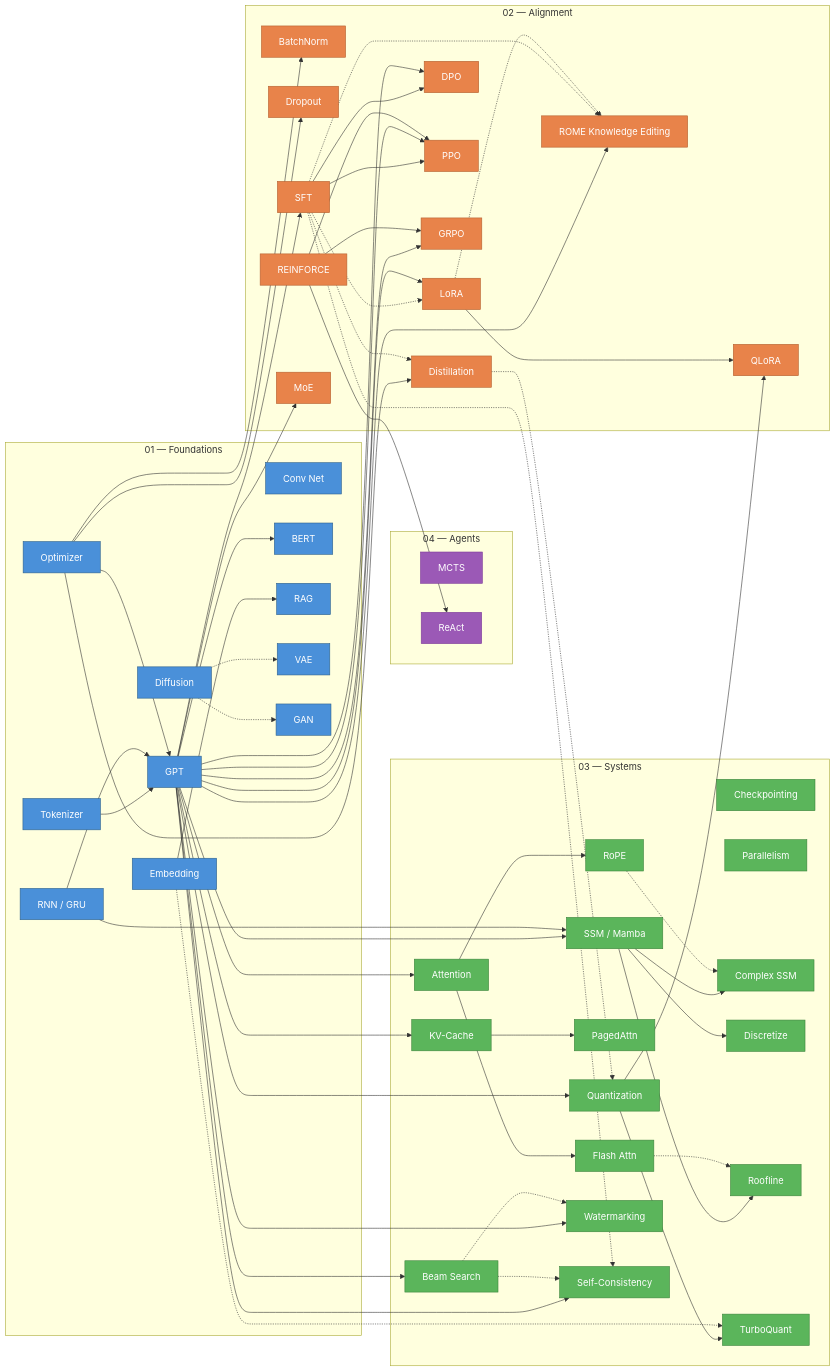
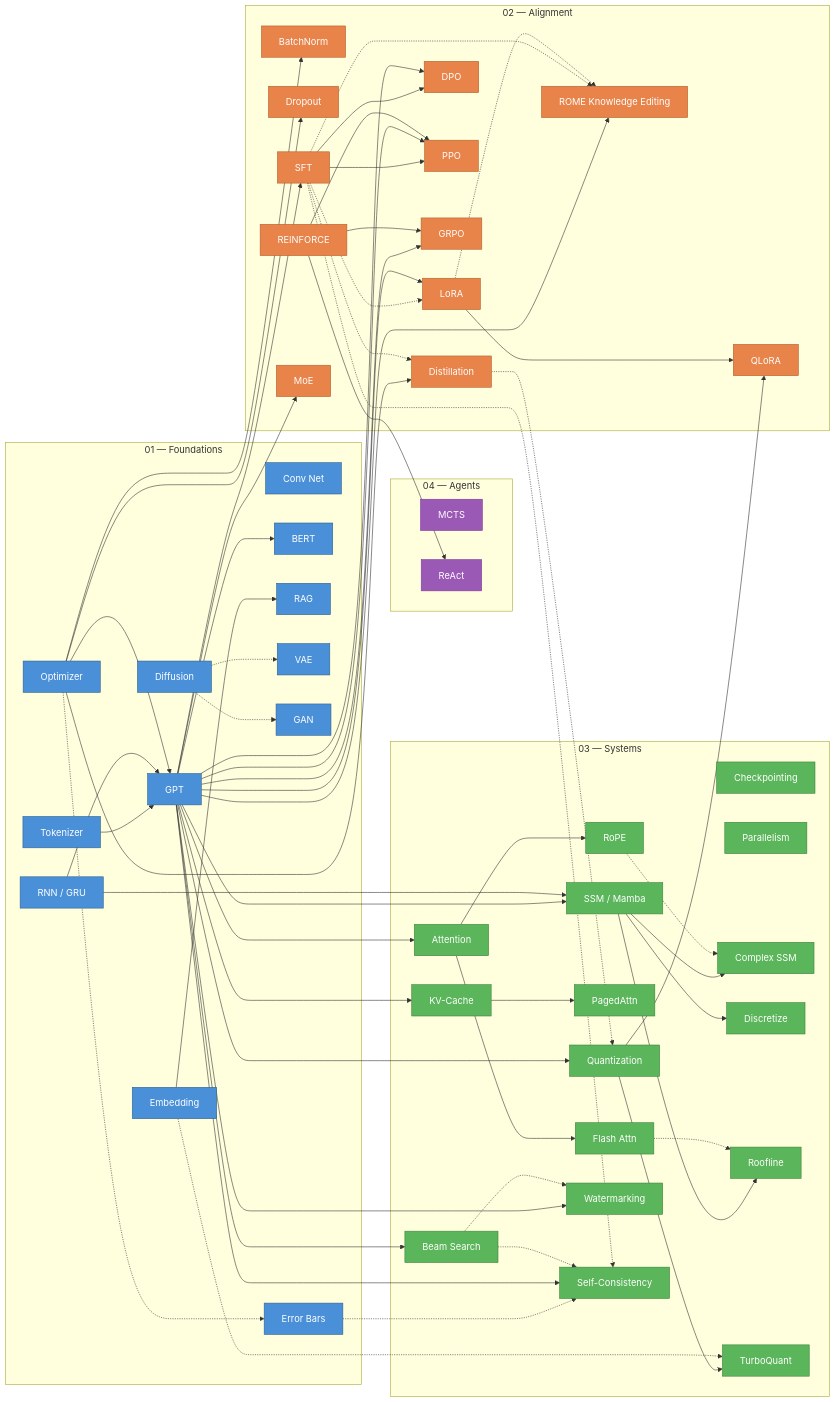
One commit to no-magic-ai/no-magic changed the diagram in README.md. Above: the diagram before and after it, drawn with Mermaid. The commit also changed other lines of this file and 9 other files, not shown here.

```diff
--- a/README.md
+++ b/README.md
@@ -438,6 +440,7 @@
     DIFF["Diffusion"]
     VAE["VAE"]
     GAN["GAN"]
+    ERR["Error Bars"]
   end
 
   %% === 02-ALIGNMENT ===
@@ -490,6 +493,8 @@
   GPT --> BERT
   DIFF -.-> VAE
   DIFF -.-> GAN
+  OPT -.-> ERR
+  ERR -.-> COT
 
   %% --- Foundations → Alignment ---
   GPT --> SFT
@@ -551,7 +556,7 @@
   REINF --> REACT
 
   %% --- Apply styles ---
-  class TOK,EMB,OPT,RNN,CONV,GPT,BERT,RAG,DIFF,VAE,GAN foundations
+  class TOK,EMB,OPT,RNN,CONV,GPT,BERT,RAG,DIFF,VAE,GAN,ERR foundations
   class BN,DROP,SFT,LORA,QLORA,DPO,REINF,PPO,GRPO,MOE,KD,ROME alignment
   class ATTN,FLASH,ROPE,KV,PAGED,QUANT,BEAM,CKPT,PAR,SSM,CSSM,DISC,ROOF,TURBO,WM,COT systems
   class MCTS,REACT agents
```
